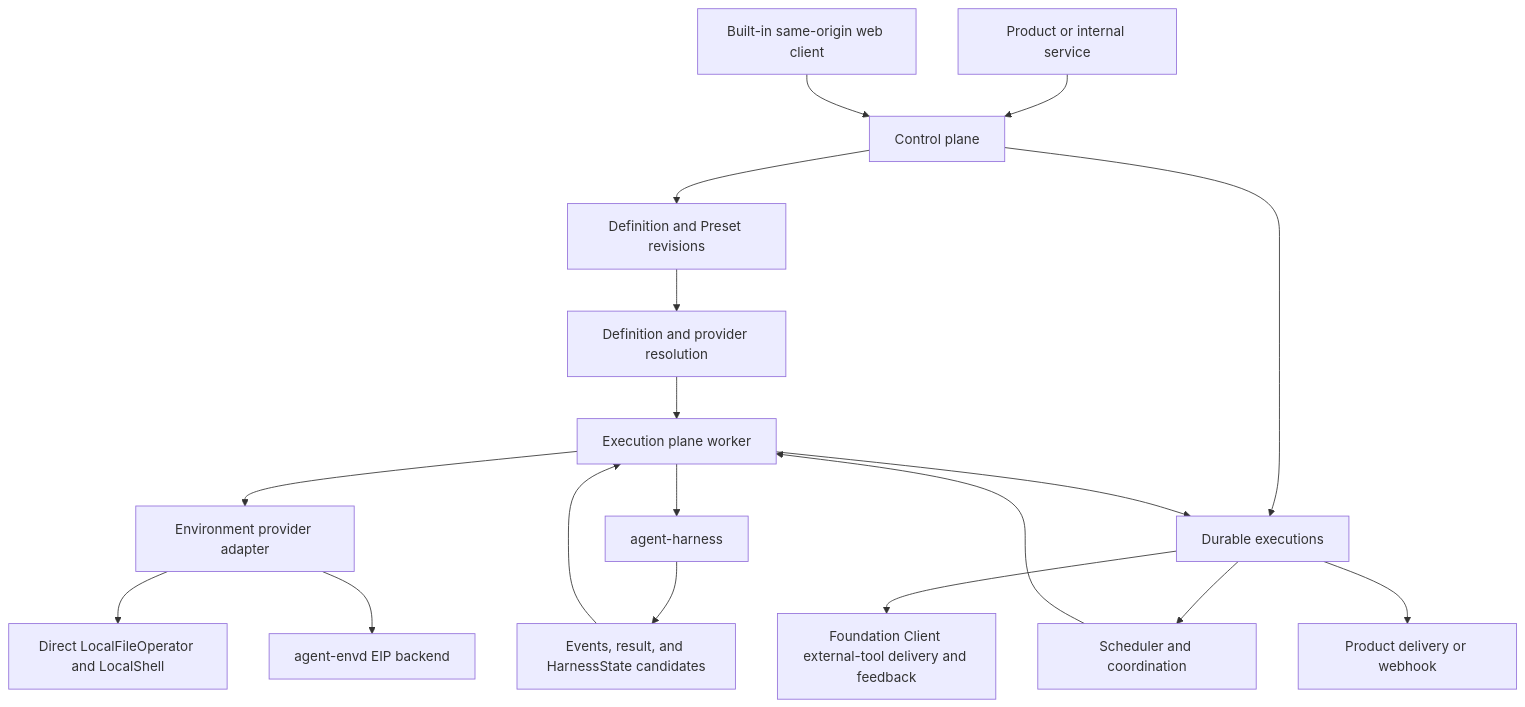
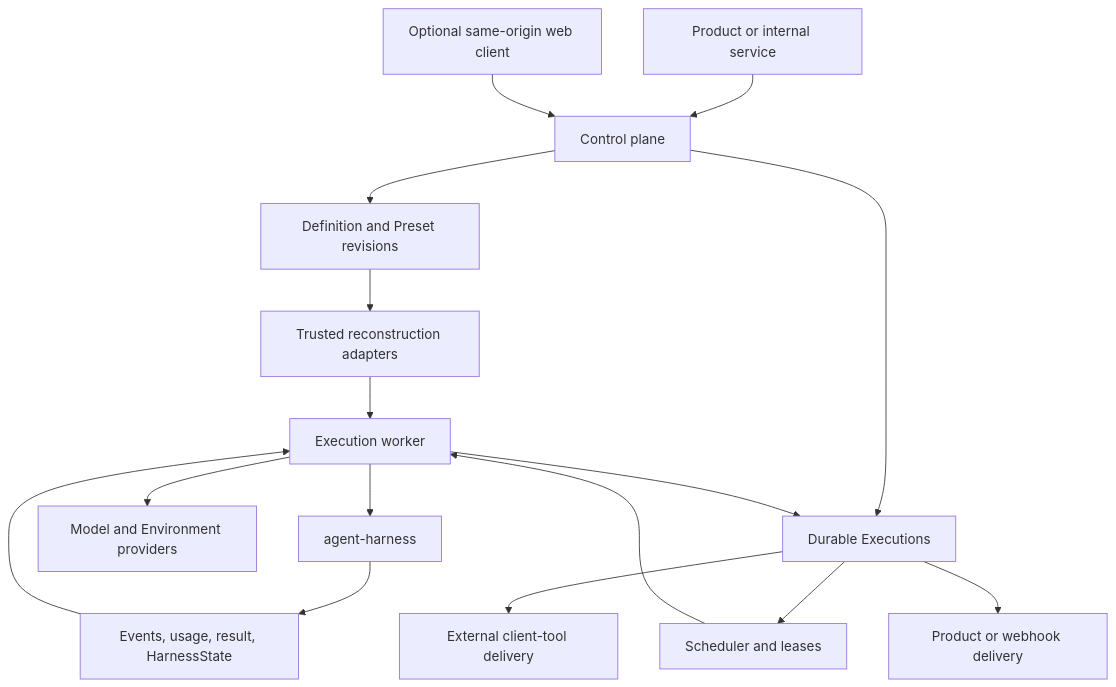
The first of 2 diagrams in spec/foundation-service/00-overview.md (LTThreeComma/agent-foundation), drawn with Mermaid before and after one commit. The commit also changed other lines of this file and 31 other files, not shown here.

````diff
--- a/spec/foundation-service/00-overview.md
+++ b/spec/foundation-service/00-overview.md
@@ -9,20 +11,17 @@
 ```mermaid
 flowchart TB
     Product[Product or internal service] --> Control[Control plane]
-    Browser[Built-in same-origin web client] --> Control
+    Browser[Optional same-origin web client] --> Control
     Control --> Definitions[Definition and Preset revisions]
-    Control --> Executions[Durable executions]
-    Executions --> Scheduler[Scheduler and coordination]
-    Scheduler --> Worker[Execution plane worker]
-    Definitions --> Resolver[Definition and provider resolution]
-    Resolver --> Worker
-    Worker --> Provider[Environment provider adapter]
-    Provider --> Local[Direct LocalFileOperator and LocalShell]
-    Provider --> Envd[agent-envd EIP backend]
+    Control --> Executions[Durable Executions]
+    Executions --> Scheduler[Scheduler and leases]
+    Scheduler --> Worker[Execution worker]
+    Definitions --> Reconstruct[Trusted reconstruction adapters]
+    Reconstruct --> Worker
+    Worker --> Providers[Model and Environment providers]
     Worker --> Harness[agent-harness]
-    Harness --> Candidate[Events, result, and HarnessState candidates]
-    Candidate --> Worker
-    Worker --> Executions
-    Executions --> ClientTools[Foundation Client external-tool delivery and feedback]
-    Executions --> Delivery[Product delivery or webhook]
+    Harness --> Candidates[Events, usage, result, HarnessState]
+    Candidates --> Worker --> Executions
+    Executions --> ClientTools[External client-tool delivery]
+    Executions --> Delivery[Product or webhook delivery]
 ```
````
